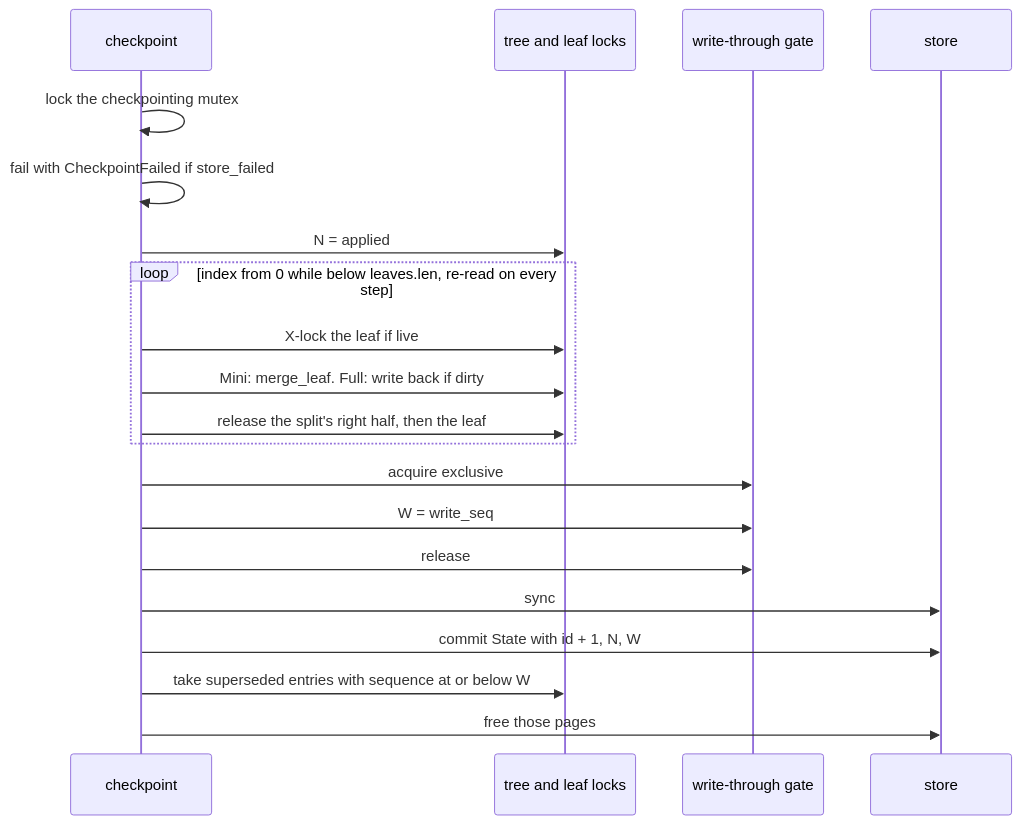
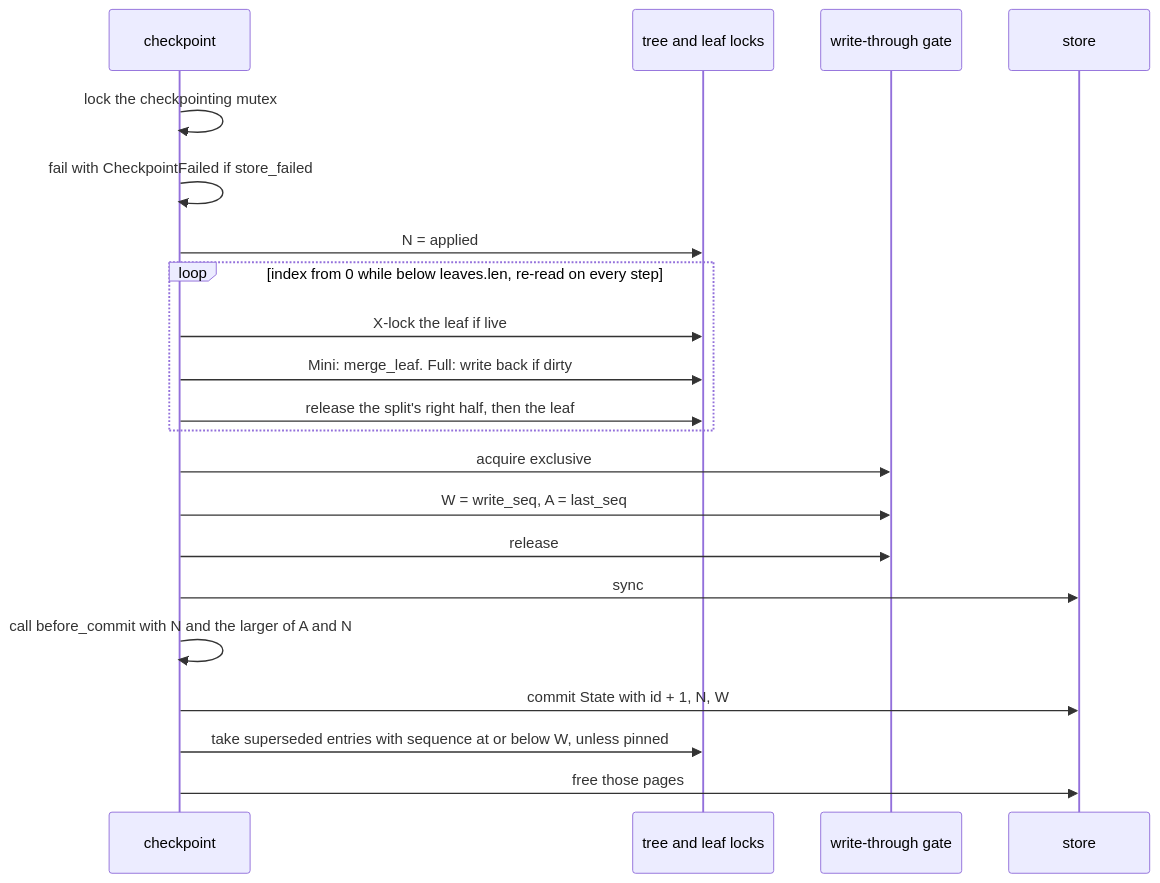
The second of 5 diagrams in docs/design/bf-tree-persistence.md (raydatray/peppydb), drawn with Mermaid before and after one commit. The commit also changed other lines of this file and 11 other files, not shown here.

````diff
--- a/docs/design/bf-tree-persistence.md
+++ b/docs/design/bf-tree-persistence.md
@@ -572,22 +605,23 @@
 ```mermaid
 sequenceDiagram
     participant K as checkpoint
     participant T as tree and leaf locks
     participant G as write-through gate
     participant S as store
     K->>K: lock the checkpointing mutex
     K->>K: fail with CheckpointFailed if store_failed
     K->>T: N = applied
     loop index from 0 while below leaves.len, re-read on every step
         K->>T: X-lock the leaf if live
         K->>T: Mini: merge_leaf. Full: write back if dirty
         K->>T: release the split's right half, then the leaf
     end
     K->>G: acquire exclusive
-    K->>G: W = write_seq
+    K->>G: W = write_seq, A = last_seq
     K->>G: release
     K->>S: sync
+    K->>K: call before_commit with N and the larger of A and N
     K->>S: commit State with id + 1, N, W
-    K->>T: take superseded entries with sequence at or below W
+    K->>T: take superseded entries with sequence at or below W, unless pinned
     K->>S: free those pages
 ```
````
